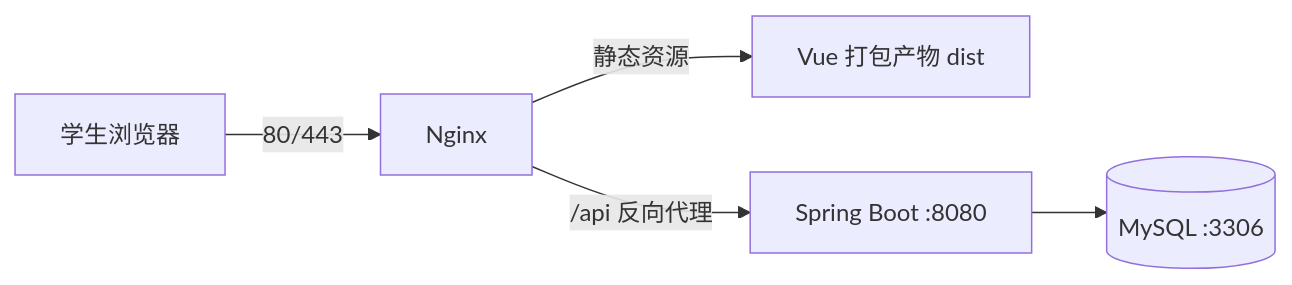
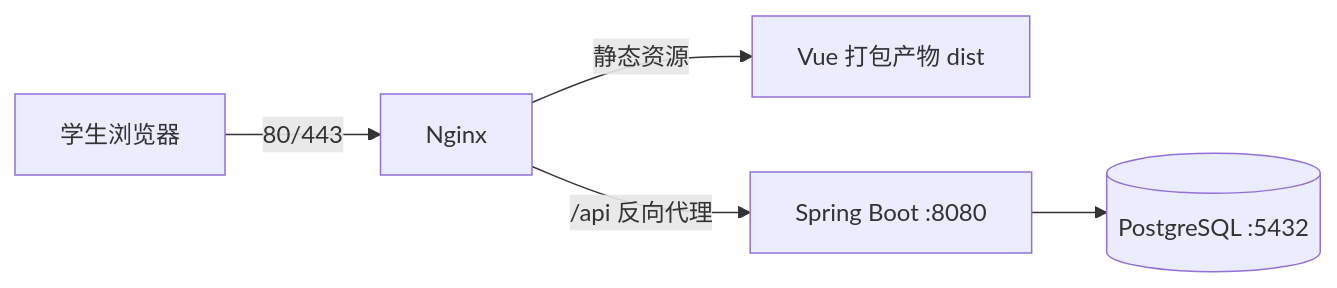
Before and after one commit to hixiaosun0921/web_course01: the second of 4 diagrams in 文档/系统设计文档.md, drawn with Mermaid. The commit also changed other lines of this file and 1 other file, not shown here.

Commit message:
docs: 设计文档 V1.1（PostgreSQL 差异）与测试文档 V1.1（后端接口 19 项 + 端到端 21 项）

````diff
--- a/文档/系统设计文档.md
+++ b/文档/系统设计文档.md
@@ -107,7 +108,7 @@
 ```mermaid
 flowchart LR
     U[学生浏览器] -->|80/443| N[Nginx]
     N -->|静态资源| S1[Vue 打包产物 dist]
     N -->|/api 反向代理| S2[Spring Boot :8080]
-    S2 --> M[(MySQL :3306)]
+    S2 --> M[(PostgreSQL :5432)]
 ```
````
